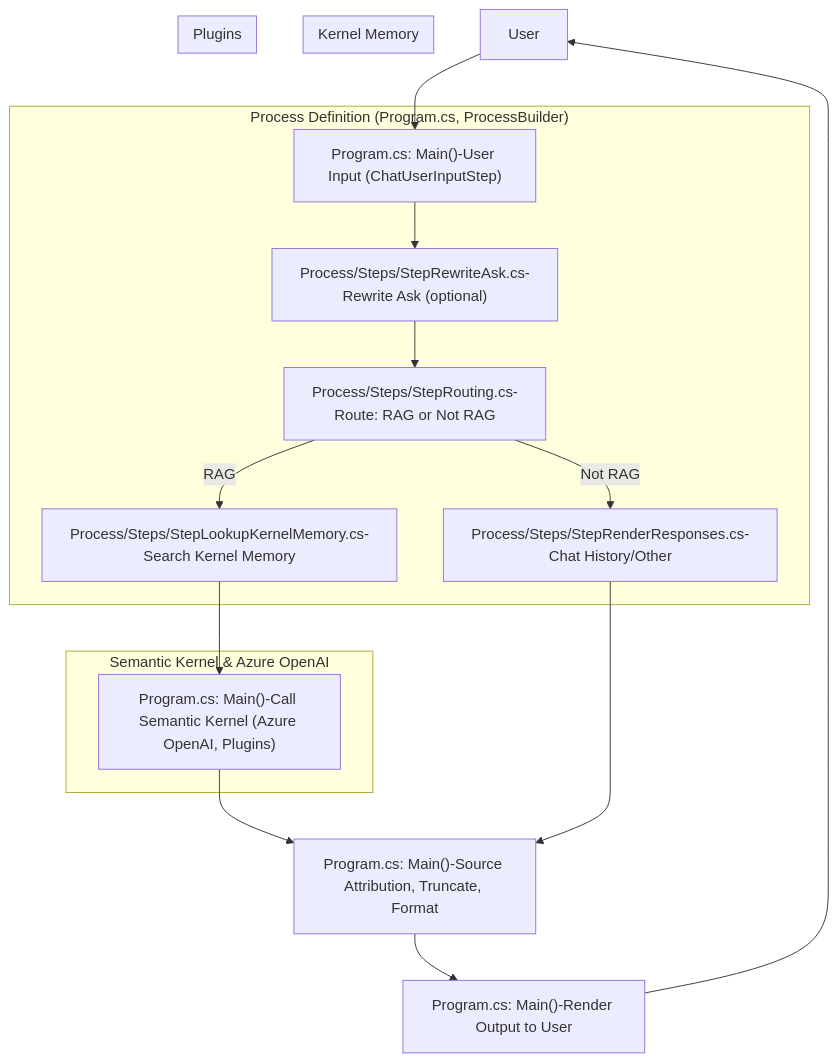
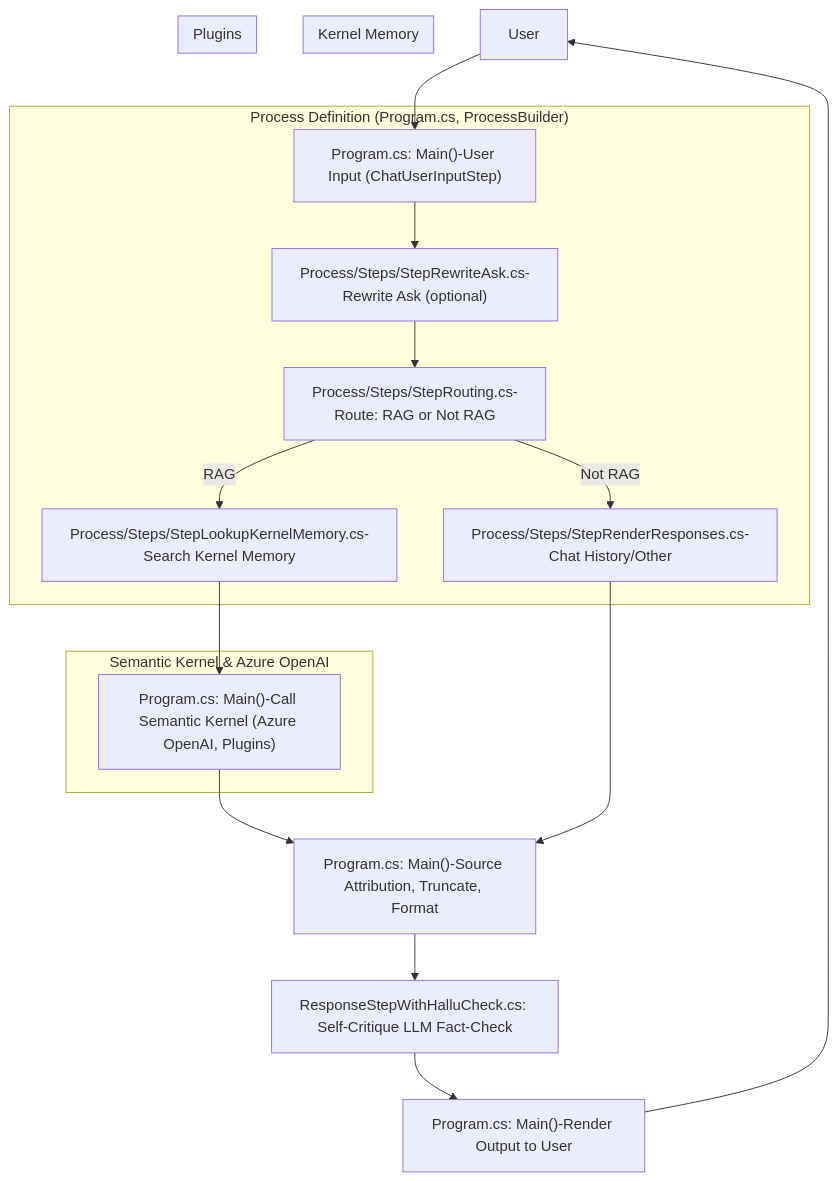
Before and after one commit to totosan/localRAG: the first of 2 diagrams in solution_flowchart.md, drawn with Mermaid. The commit also changed other lines of this file and 13 other files, not shown here.

Commit message:
Enhance documentation and add self-critique LLM fact-checking step; implement hallucination check in response handling

````diff
--- a/solution_flowchart.md
+++ b/solution_flowchart.md
@@ -14,30 +15,31 @@
 ```mermaid
 flowchart TD
     UA["User"] --> QI["Program.cs: Main()-User Input (ChatUserInputStep)"]
     QI --> QR["Process/Steps/StepRewriteAsk.cs-Rewrite Ask (optional)"]
     QR --> RT["Process/Steps/StepRouting.cs-Route: RAG or Not RAG"]
     RT -->|"RAG"| RS["Process/Steps/StepLookupKernelMemory.cs-Search Kernel Memory"]
     RT -->|"Not RAG"| CH["Process/Steps/StepRenderResponses.cs-Chat History/Other"]
     RS --> HC["Program.cs: Main()-Call Semantic Kernel (Azure OpenAI, Plugins)"]
     HC --> SR["Program.cs: Main()-Source Attribution, Truncate, Format"]
     CH --> SR
-    SR --> RO["Program.cs: Main()-Render Output to User"]
+    SR --> FC["ResponseStepWithHalluCheck.cs: Self-Critique LLM Fact-Check"]
+    FC --> RO["Program.cs: Main()-Render Output to User"]
     RO --> UA
 
     subgraph "Process Definition (Program.cs, ProcessBuilder)"
         QI
         QR
         RT
         RS
         CH
     end
     subgraph "Semantic Kernel & Azure OpenAI"
         HC
     end
     subgraph "Kernel Memory"
         RS
     end
     subgraph "Plugins"
         HC
     end
 ```
````
